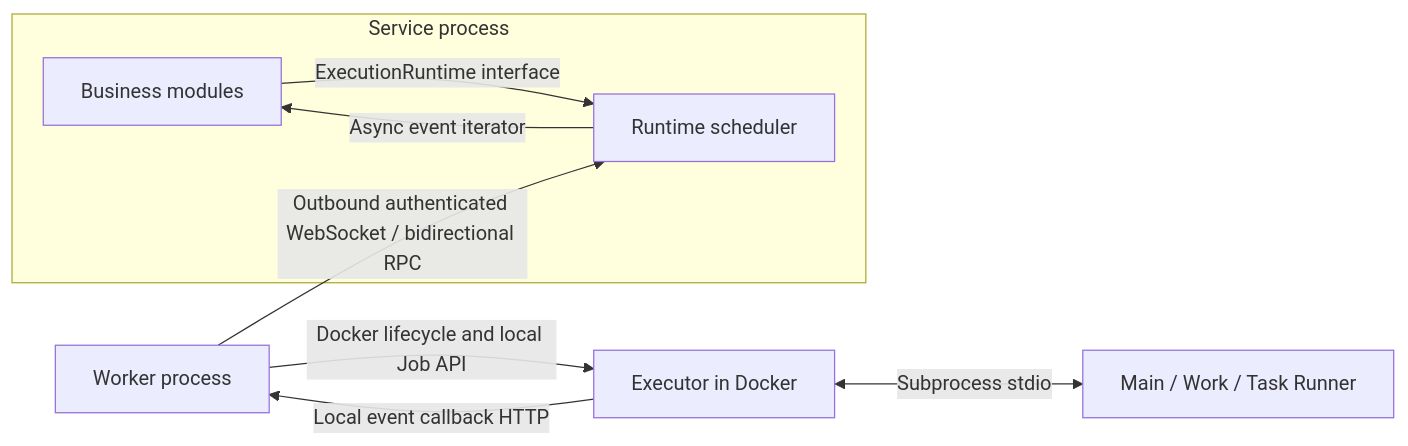
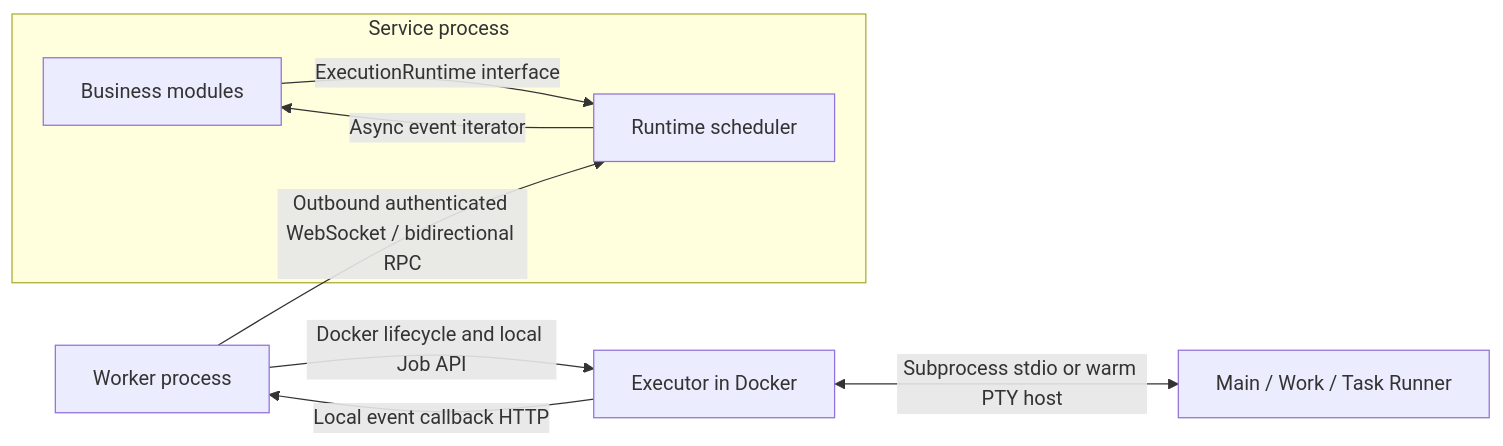
One commit to blingbiubiu-ai/luna changed the diagram in docs/designs/execution-runtime-foundation.md. Above: the diagram before and after it, drawn with Mermaid. The commit also changed other lines of this file and 47 other files, not shown here.

````diff
--- a/docs/designs/execution-runtime-foundation.md
+++ b/docs/designs/execution-runtime-foundation.md
@@ -65,11 +65,11 @@
 ```mermaid
 flowchart LR
  subgraph ServiceProcess[Service process]
  S[Business modules] -->|ExecutionRuntime interface| R[Runtime scheduler]
  R -->|Async event iterator| S
  end
  W[Worker process] -->|Outbound authenticated WebSocket / bidirectional RPC| R
  W -->|Docker lifecycle and local Job API| E[Executor in Docker]
  E -->|Local event callback HTTP| W
- E <-->|Subprocess stdio| P[Main / Work / Task Runner]
+ E <-->|Subprocess stdio or warm PTY host| P[Main / Work / Task Runner]
 ```
````
